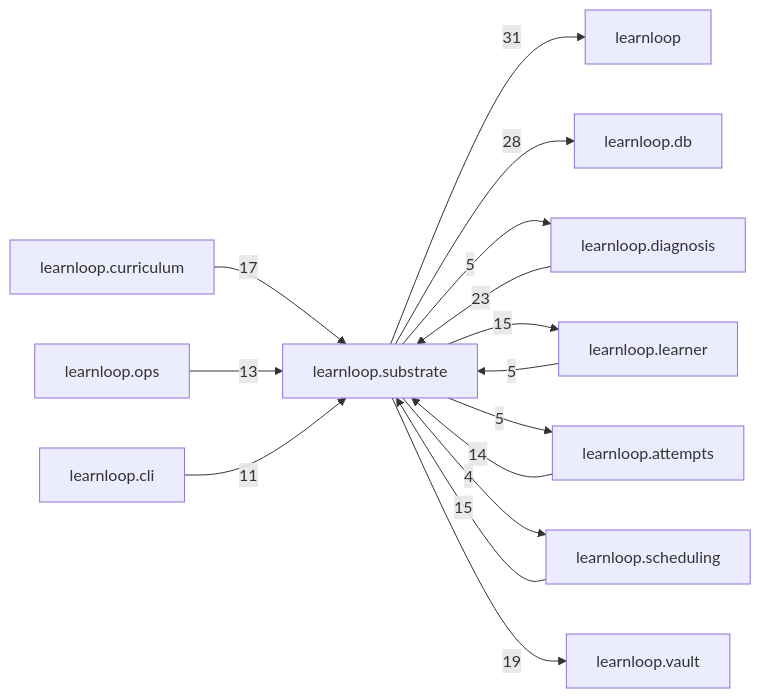
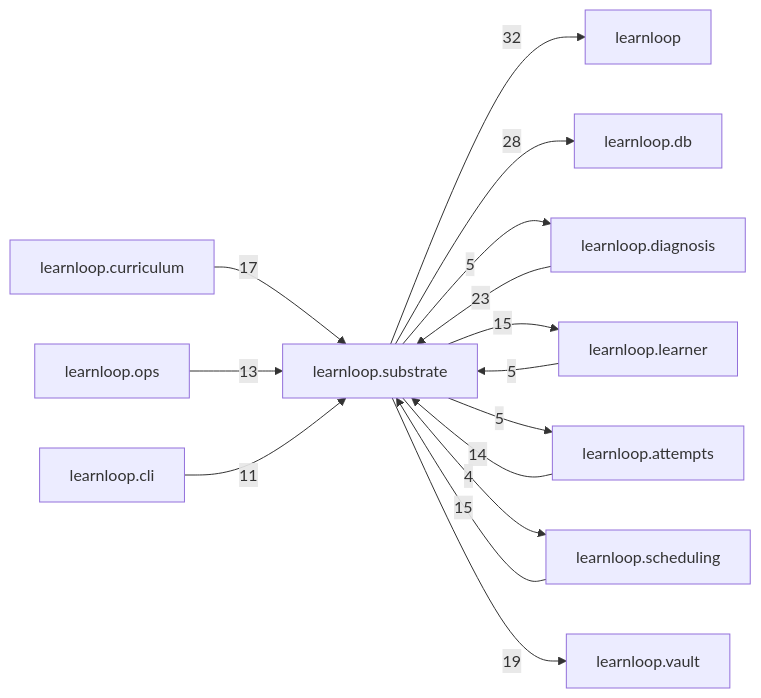
Before and after one commit to 6up-b/learnanything: the diagram in docs/learnloop-architecture-vault/Reference/Modules/learnloop/substrate/_package.md, drawn with Mermaid. The commit also changed other lines of this file and 49 other files, not shown here.

````diff
--- a/docs/learnloop-architecture-vault/Reference/Modules/learnloop/substrate/_package.md
+++ b/docs/learnloop-architecture-vault/Reference/Modules/learnloop/substrate/_package.md
@@ -166,28 +166,28 @@
 ```mermaid
 flowchart LR
     center["learnloop.substrate"]
     n_learnloop["learnloop"]
     n_learnloop_db["learnloop.db"]
     n_learnloop_diagnosis["learnloop.diagnosis"]
     n_learnloop_learner["learnloop.learner"]
     n_learnloop_attempts["learnloop.attempts"]
     n_learnloop_scheduling["learnloop.scheduling"]
     n_learnloop_vault["learnloop.vault"]
     n_learnloop_curriculum["learnloop.curriculum"]
     n_learnloop_ops["learnloop.ops"]
     n_learnloop_cli["learnloop.cli"]
-    center -->|31| n_learnloop
+    center -->|32| n_learnloop
     center -->|28| n_learnloop_db
     n_learnloop_diagnosis -->|23| center
     center -->|5| n_learnloop_diagnosis
     n_learnloop_learner -->|5| center
     center -->|15| n_learnloop_learner
     n_learnloop_attempts -->|14| center
     center -->|5| n_learnloop_attempts
     n_learnloop_scheduling -->|15| center
     center -->|4| n_learnloop_scheduling
     center -->|19| n_learnloop_vault
     n_learnloop_curriculum -->|17| center
     n_learnloop_ops -->|13| center
     n_learnloop_cli -->|11| center
 ```
````
